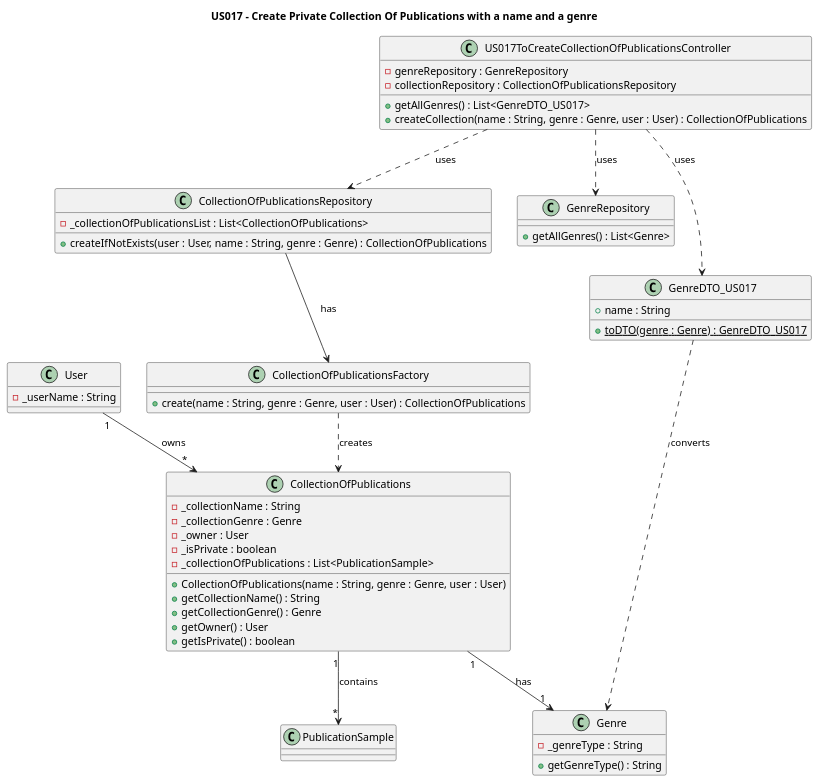
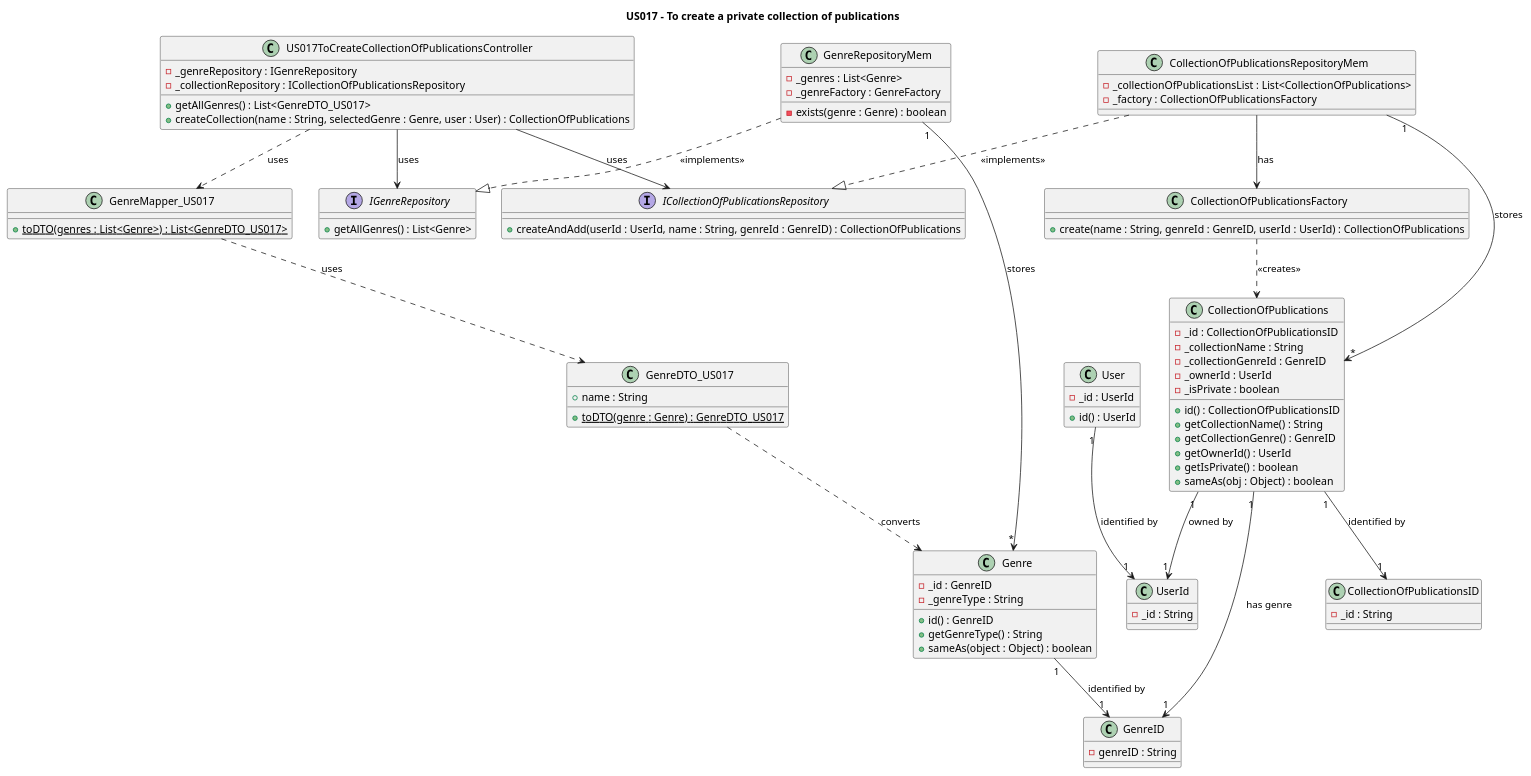
One commit to AndrePereiraGitH/SWitCH-Project-Team_A changed the diagram in Diagrams/ClassDiagrams/US017-to-create-private-publication-list.puml. Above: the diagram before and after it, drawn with PlantUML. The commit also changed 6 other files, not shown here.

Commit message:
docs #575: update US017 diagrams to reflect DDD architecture

```diff
--- a/Diagrams/ClassDiagrams/US017-to-create-private-publication-list.puml
+++ b/Diagrams/ClassDiagrams/US017-to-create-private-publication-list.puml
@@ -1,87 +1,118 @@
 @startuml
-title US017 - Create Private Collection Of Publications with a name and a genre
+title US017 - To create a private collection of publications
 
 ' _____________________
 ' DOMAIN
 ' _____________________
 
-class User {
-  - _userName : String
+interface IGenreRepository {
+  + getAllGenres() : List<Genre>
+}
+
+interface ICollectionOfPublicationsRepository {
+  + createAndAdd(userId : UserId, name : String, genreId : GenreID) : CollectionOfPublications
 }
 
 class Genre {
+  - _id : GenreID
   - _genreType : String
+  + id() : GenreID
   + getGenreType() : String
+  + sameAs(object : Object) : boolean
+}
+
+class GenreID {
+  - genreID : String
+}
+
+class User {
+  - _id : UserId
+  + id() : UserId
+}
+
+class UserId {
+  - _id : String
 }
 
 class CollectionOfPublications {
+  - _id : CollectionOfPublicationsID
   - _collectionName : String
-  - _collectionGenre : Genre
-  - _owner : User
+  - _collectionGenreId : GenreID
+  - _ownerId : UserId
   - _isPrivate : boolean
-  - _collectionOfPublications : List<PublicationSample>
-  + CollectionOfPublications(name : String, genre : Genre, user : User)
+  + id() : CollectionOfPublicationsID
   + getCollectionName() : String
-  + getCollectionGenre() : Genre
-  + getOwner() : User
+  + getCollectionGenre() : GenreID
+  + getOwnerId() : UserId
   + getIsPrivate() : boolean
+  + sameAs(obj : Object) : boolean
 }
 
-class PublicationSample {
+class CollectionOfPublicationsID {
+  - _id : String
 }
 
-User "1" --> "*" CollectionOfPublications : owns
-CollectionOfPublications "1" --> "1" Genre : has
-CollectionOfPublications "1" --> "*" PublicationSample : contains
+class CollectionOfPublicationsFactory {
+  + create(name : String, genreId : GenreID, userId : UserId) : CollectionOfPublications
+}
+
+Genre "1" --> "1" GenreID : identified by
+User "1" --> "1" UserId : identified by
+CollectionOfPublications "1" --> "1" CollectionOfPublicationsID : identified by
+CollectionOfPublications "1" --> "1" GenreID : has genre
+CollectionOfPublications "1" --> "1" UserId : owned by
+CollectionOfPublicationsFactory ..> CollectionOfPublications : <<creates>>
 
 ' ______________________
 ' APPLICATION
 ' ______________________
 
 class US017ToCreateCollectionOfPublicationsController {
-  - genreRepository : GenreRepository
-  - collectionRepository : CollectionOfPublicationsRepository
+  - _genreRepository : IGenreRepository
+  - _collectionRepository : ICollectionOfPublicationsRepository
   + getAllGenres() : List<GenreDTO_US017>
-  + createCollection(name : String, genre : Genre, user : User) : CollectionOfPublications
+  + createCollection(name : String, selectedGenre : Genre, user : User) : CollectionOfPublications
+}
+
+class GenreMapper_US017 {
+  + {static} toDTO(genres : List<Genre>) : List<GenreDTO_US017>
 }
 
 class GenreDTO_US017 {
   + name : String
   + {static} toDTO(genre : Genre) : GenreDTO_US017
 }
 
 ' ___________________
 ' PERSISTENCE
 ' ___________________
 
-class GenreRepository {
-  + getAllGenres() : List<Genre>
+class GenreRepositoryMem {
+  - _genres : List<Genre>
+  - _genreFactory : GenreFactory
+  - exists(genre : Genre) : boolean
 }
 
-class CollectionOfPublicationsRepository {
+class CollectionOfPublicationsRepositoryMem {
   - _collectionOfPublicationsList : List<CollectionOfPublications>
-  + createIfNotExists(user : User, name : String, genre : Genre) : CollectionOfPublications
+  - _factory : CollectionOfPublicationsFactory
 }
 
-' ___________________
-' FACTORY
-' ___________________
-
-class CollectionOfPublicationsFactory {
-  + create(name : String, genre : Genre, user : User) : CollectionOfPublications
-}
+GenreRepositoryMem ..|> IGenreRepository : <<implements>>
+GenreRepositoryMem "1" --> "*" Genre : stores
+CollectionOfPublicationsRepositoryMem ..|> ICollectionOfPublicationsRepository : <<implements>>
+CollectionOfPublicationsRepositoryMem "1" --> "*" CollectionOfPublications : stores
+CollectionOfPublicationsRepositoryMem --> CollectionOfPublicationsFactory : has
 
 ' _____________________
 ' DEPENDENCIES
 ' _____________________
 
-US017ToCreateCollectionOfPublicationsController ..> GenreRepository : uses
-US017ToCreateCollectionOfPublicationsController ..> GenreDTO_US017 : uses
-US017ToCreateCollectionOfPublicationsController ..> CollectionOfPublicationsRepository : uses
+US017ToCreateCollectionOfPublicationsController --> IGenreRepository : uses
+US017ToCreateCollectionOfPublicationsController --> ICollectionOfPublicationsRepository : uses
+US017ToCreateCollectionOfPublicationsController ..> GenreMapper_US017 : uses
 
-CollectionOfPublicationsRepository --> CollectionOfPublicationsFactory : has
-CollectionOfPublicationsFactory ..> CollectionOfPublications : creates
-
+GenreMapper_US017 ..> GenreDTO_US017 : uses
 GenreDTO_US017 ..> Genre : converts
 
 @enduml
```
